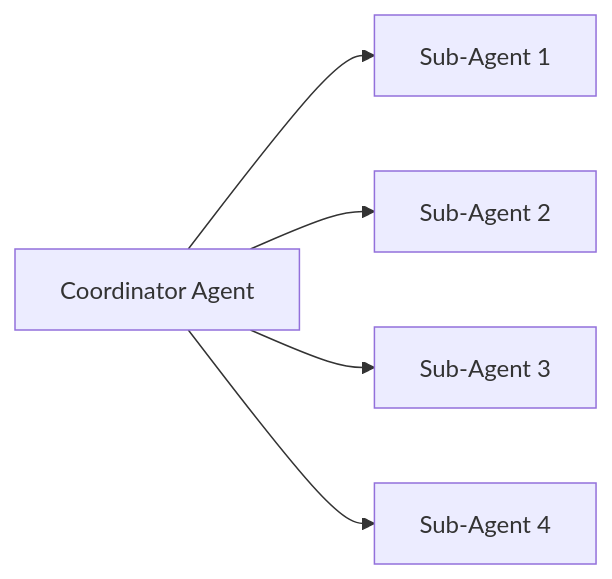
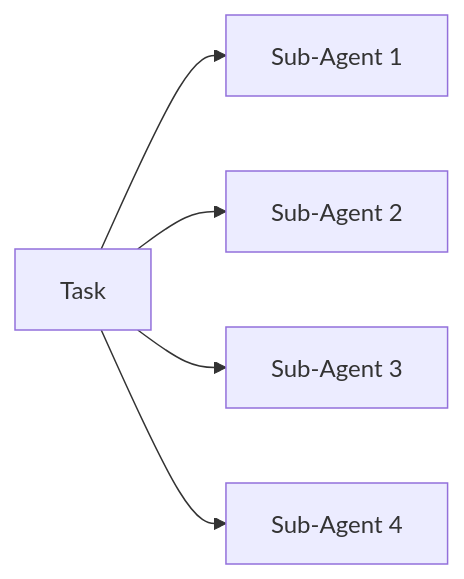
One commit to kyegomez/swarms changed the second of 5 diagrams in docs/swarms/concept/swarm_architectures.md. Above: the diagram before and after it, drawn with Mermaid. The commit also changed other lines of this file and 566 other files, not shown here.

````diff
--- a/docs/swarms/concept/swarm_architectures.md
+++ b/docs/swarms/concept/swarm_architectures.md
@@ -52,7 +53,7 @@
 ```mermaid
 graph LR
-    A[Coordinator Agent] --> B1[Sub-Agent 1]
+    A[Task] --> B1[Sub-Agent 1]
     A --> B2[Sub-Agent 2]
     A --> B3[Sub-Agent 3]
     A --> B4[Sub-Agent 4]
 ```
````
